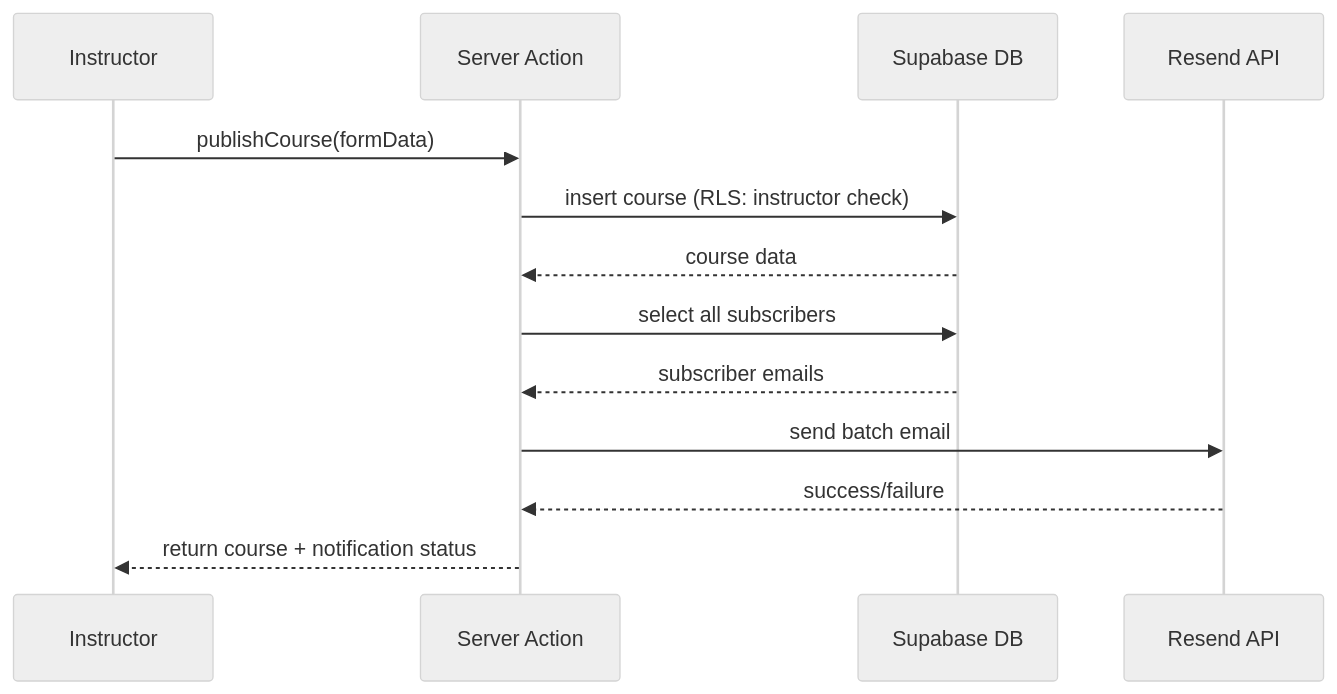
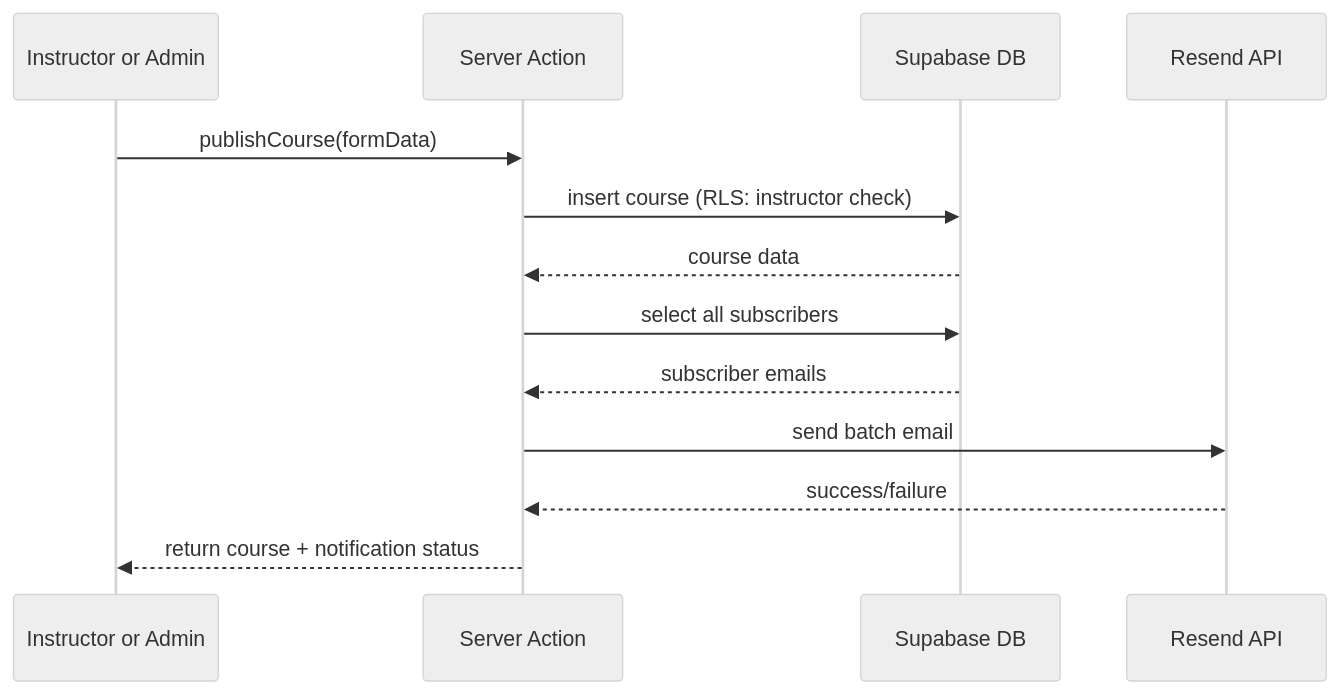
One commit to Frankwds/AalesundKiteklubb changed the third of 3 diagrams in kiteklubb_full_stack_8aaca1e7.plan.md. Above: the diagram before and after it, drawn with Mermaid (neutral theme). The commit also changed other lines of this file, not shown here.

Commit message:
admin is also instructor

````diff
--- a/kiteklubb_full_stack_8aaca1e7.plan.md
+++ b/kiteklubb_full_stack_8aaca1e7.plan.md
@@ -712,16 +713,16 @@
 ```mermaid
 sequenceDiagram
-  participant I as Instructor
+  participant U as Instructor or Admin
   participant SA as Server Action
   participant DB as Supabase DB
   participant R as Resend API
 
-  I->>SA: publishCourse(formData)
+  U->>SA: publishCourse(formData)
   SA->>DB: insert course (RLS: instructor check)
   DB-->>SA: course data
   SA->>DB: select all subscribers
   DB-->>SA: subscriber emails
   SA->>R: send batch email
   R-->>SA: success/failure
-  SA-->>I: return course + notification status
+  SA-->>U: return course + notification status
 ```
````
